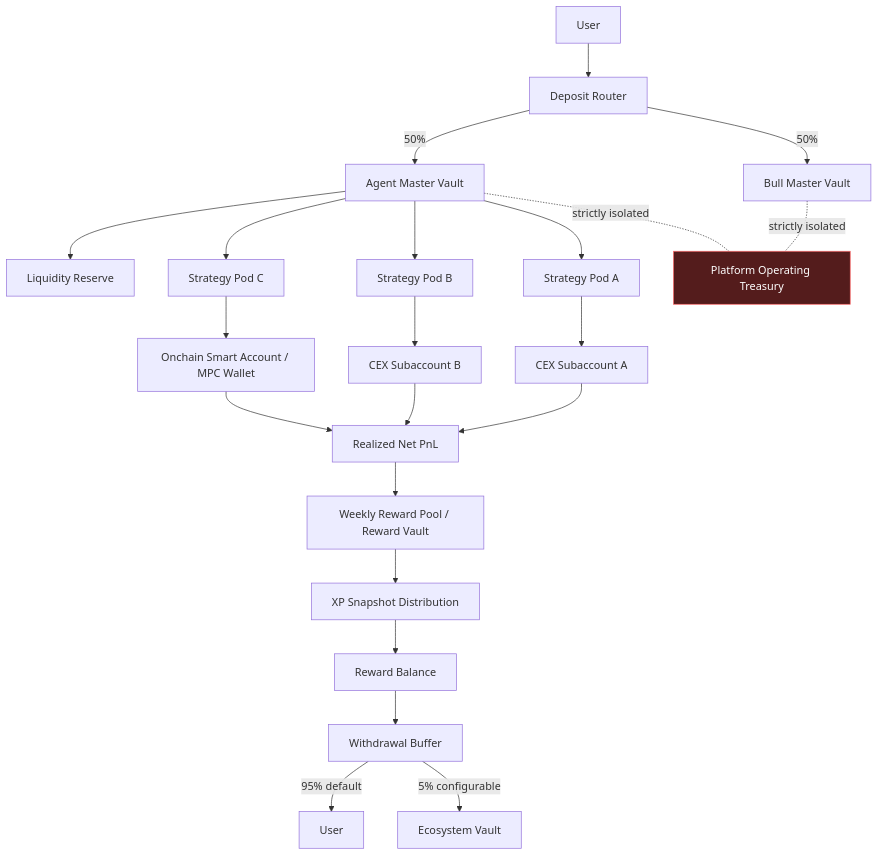
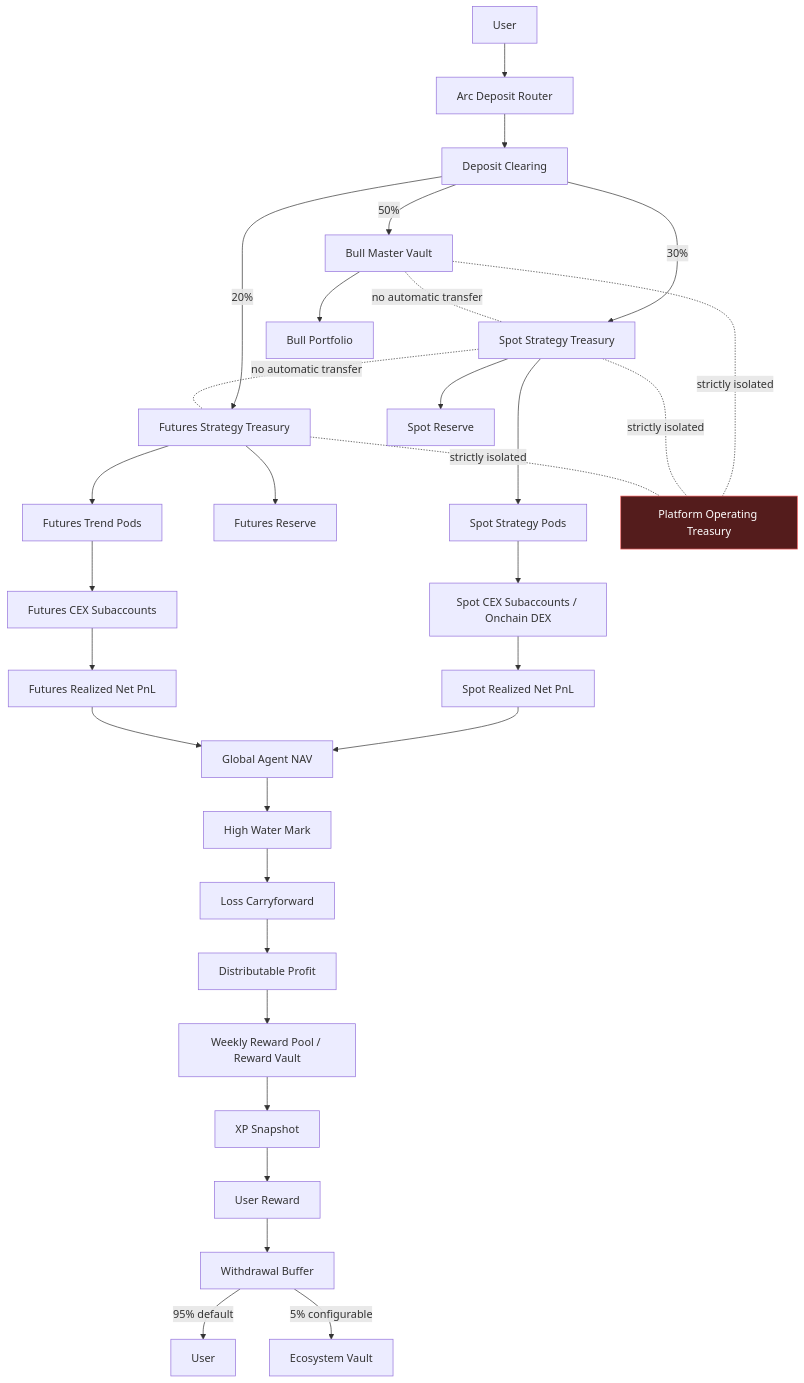
The first of 2 diagrams in docs/architecture.md (aob5518-lgtm/xgou), drawn with Mermaid before and after one commit. The commit also changed other lines of this file and 29 other files, not shown here.

Commit message:
feat: add phase 2A fund ledger architecture

````diff
--- a/docs/architecture.md
+++ b/docs/architecture.md
@@ -5,26 +5,38 @@
 ```mermaid
 flowchart TD
-  U[User] --> DR[Deposit Router]
-  DR -->|50%| BV[Bull Master Vault]
-  DR -->|50%| AV[Agent Master Vault]
-  AV --> LR[Liquidity Reserve]
-  AV --> PA[Strategy Pod A]
-  AV --> PB[Strategy Pod B]
-  AV --> PC[Strategy Pod C]
-  PA --> CA[CEX Subaccount A]
-  PB --> CB[CEX Subaccount B]
-  PC --> OW[Onchain Smart Account / MPC Wallet]
-  CA --> PNL[Realized Net PnL]
-  CB --> PNL
-  OW --> PNL
-  PNL --> WR[Weekly Reward Pool / Reward Vault]
-  WR --> XP[XP Snapshot Distribution]
-  XP --> RB[Reward Balance]
-  RB --> WB[Withdrawal Buffer]
+  U[User] --> ADR[Arc Deposit Router]
+  ADR --> DC[Deposit Clearing]
+  DC -->|50%| BV[Bull Master Vault]
+  DC -->|30%| ST[Spot Strategy Treasury]
+  DC -->|20%| FT[Futures Strategy Treasury]
+
+  BV --> BP[Bull Portfolio]
+  ST --> SR[Spot Reserve]
+  ST --> SP[Spot Strategy Pods]
+  SP --> SA[Spot CEX Subaccounts / Onchain DEX]
+  FT --> FR[Futures Reserve]
+  FT --> FP[Futures Trend Pods]
+  FP --> FA[Futures CEX Subaccounts]
+
+  SA --> SPNL[Spot Realized Net PnL]
+  FA --> FPNL[Futures Realized Net PnL]
+  SPNL --> GNAV[Global Agent NAV]
+  FPNL --> GNAV
+  GNAV --> HWM[High Water Mark]
+  HWM --> LC[Loss Carryforward]
+  LC --> DP[Distributable Profit]
+  DP --> RPV[Weekly Reward Pool / Reward Vault]
+  RPV --> XP[XP Snapshot]
+  XP --> UR[User Reward]
+  UR --> WB[Withdrawal Buffer]
   WB -->|95% default| USER[User]
-  WB -->|5% configurable| EF[Ecosystem Vault]
+  WB -->|5% configurable| EV[Ecosystem Vault]
+
   PT[Platform Operating Treasury]:::isolated
+  BV -. no automatic transfer .- ST
+  ST -. no automatic transfer .- FT
   BV -. strictly isolated .- PT
-  AV -. strictly isolated .- PT
+  ST -. strictly isolated .- PT
+  FT -. strictly isolated .- PT
   classDef isolated fill:#541c1c,stroke:#ff6b6b,color:#fff
 ```
````
